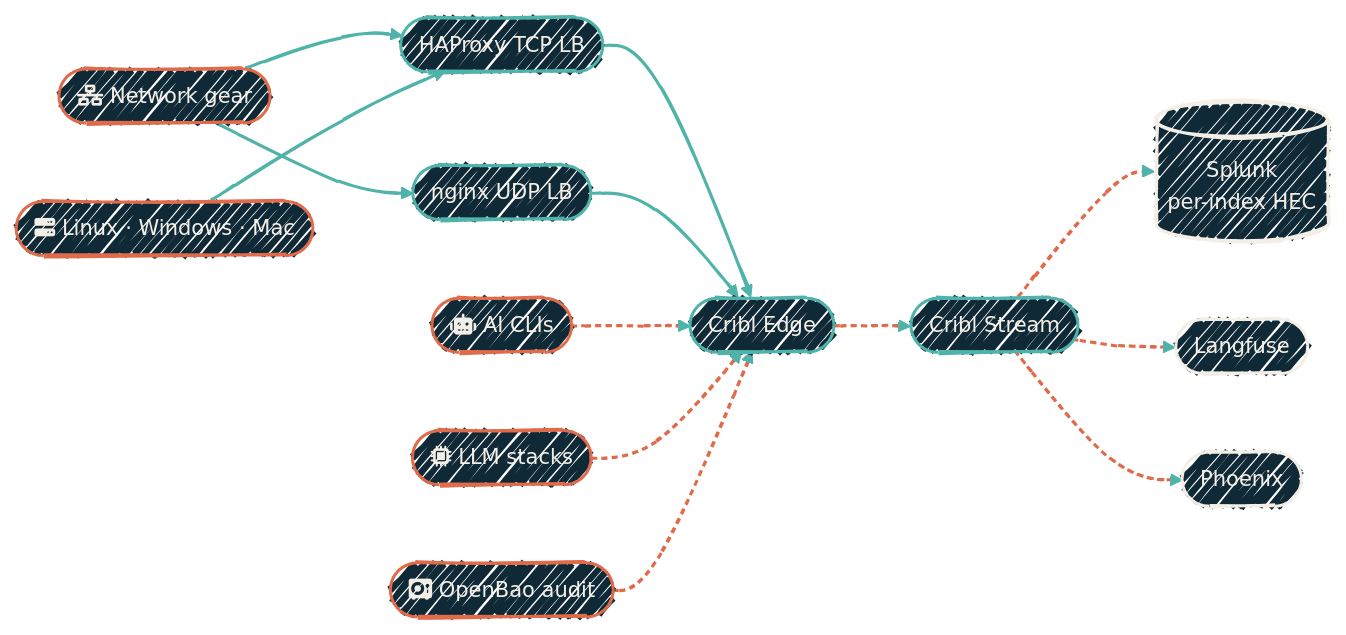
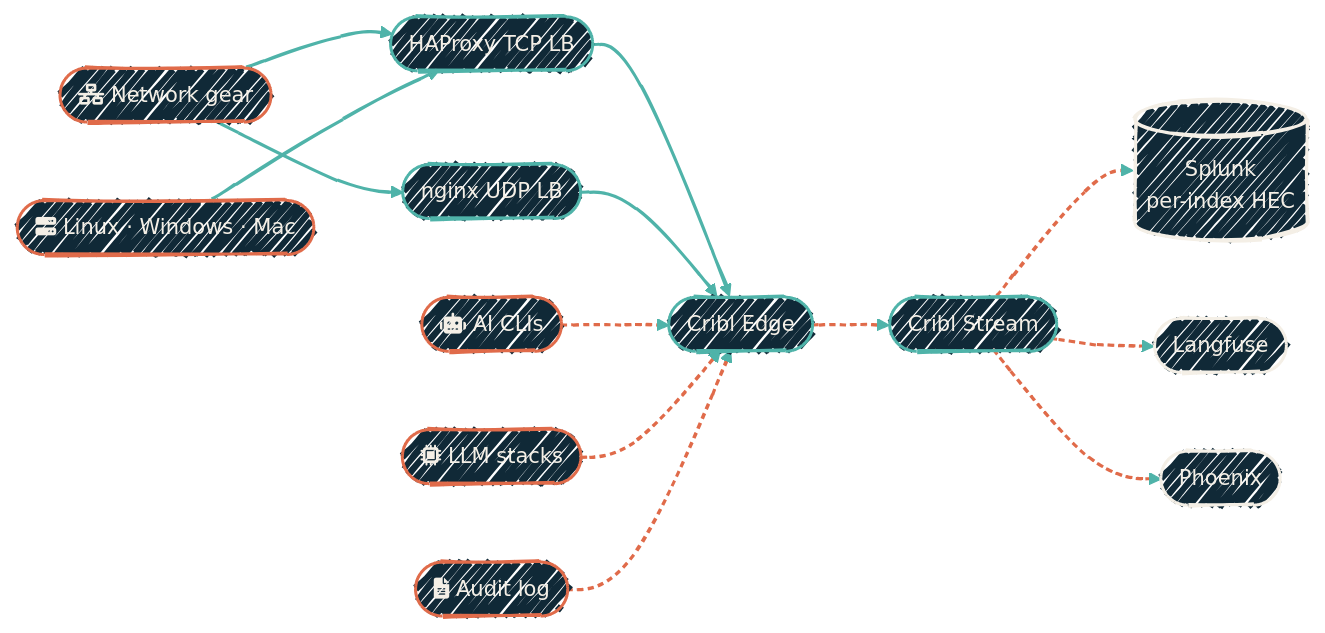
The first of 8 diagrams in observability/pipeline-flows.mdx (dryvist/docs), drawn with Mermaid before and after one commit. The commit also changed other lines of this file and 83 other files, not shown here.

````diff
--- a/observability/pipeline-flows.mdx
+++ b/observability/pipeline-flows.mdx
@@ -24,49 +24,49 @@
 ```mermaid
 %%{init:
   {'theme':'base','look':'handDrawn','themeVariables':{'fontFamily':'Geist','fontSize':'14px','primaryColor':'#102937','primaryTextColor':'#F4EFE6','primaryBorderColor':'#4FB3A9','lineColor':'#4FB3A9','secondaryColor':'#0B1D2A','tertiaryColor':'#1A2A38','clusterBkg':'rgba(79,179,169,0.08)','clusterBorder':'#4FB3A9'}}}%%
   flowchart LR
   Gear([fa:fa-network-wired Network gear])
   Hosts([fa:fa-server Linux · Windows · Mac])
   CLIs([fa:fa-robot AI CLIs])
   LLM([fa:fa-microchip LLM stacks])
-  Bao([fa:fa-vault OpenBao audit])
+  Audit([fa:fa-file-lines Audit log])
 
   HAP([HAProxy TCP LB])
   NGX([nginx UDP LB])
   Edge([Cribl Edge])
   Stream([Cribl Stream])
   SP[(Splunk<br/>per-index HEC)]
   LF([Langfuse])
   PX([Phoenix])
 
   Gear --> HAP
   Gear --> NGX
   Hosts --> HAP
   HAP --> Edge
   NGX --> Edge
   CLIs --> Edge
   LLM --> Edge
-  Bao --> Edge
+  Audit --> Edge
   Edge --> Stream
   Stream --> SP
   Stream --> LF
   Stream --> PX
 
   classDef src  fill:#102937,stroke:#E06B4A,stroke-width:2px,color:#F4EFE6;
   classDef ai   fill:#102937,stroke:#E06B4A,stroke-width:2px,color:#F4EFE6;
   classDef hop  fill:#102937,stroke:#4FB3A9,stroke-width:2px,color:#F4EFE6;
   classDef sink fill:#102937,stroke:#F4EFE6,stroke-width:2px,color:#F4EFE6;
 
-  class Gear,Hosts,Bao src
+  class Gear,Hosts,Audit src
   class CLIs,LLM ai
   class HAP,NGX,Edge,Stream hop
   class SP,LF,PX sink
 
   click Edge "/observability/monitoring-agents" "Every collector and where it runs"
   click SP "/observability/repos/ansible-splunk" "Splunk install + indexes"
   click LF "/observability/llm-observability" "Langfuse and the OTLP path"
   click PX "/observability/phoenix" "Arize Phoenix: evals and experiments"
 
   linkStyle 0,1,2,3,4 stroke:#4FB3A9,stroke-width:2px;
   linkStyle 5,6,7,8,9,10,11 stroke:#E06B4A,stroke-width:2px,stroke-dasharray:4 3;
 ```
````
